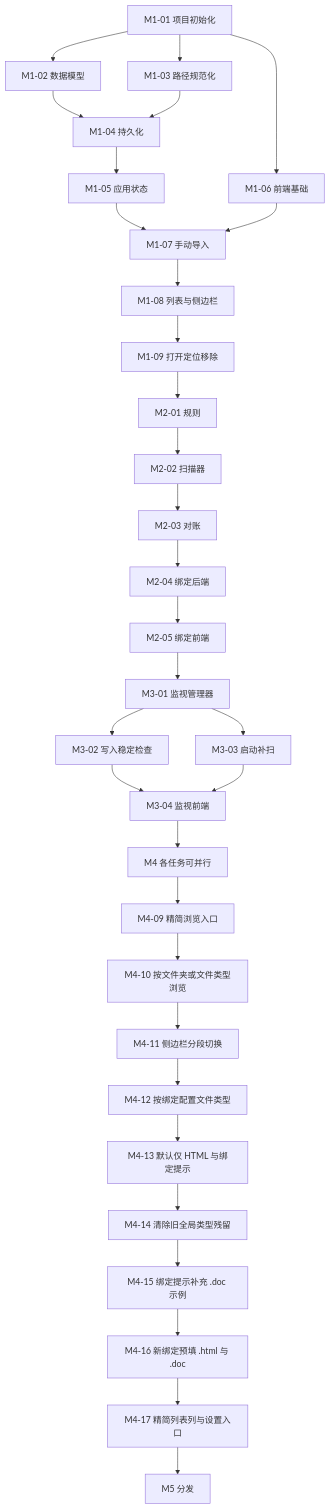
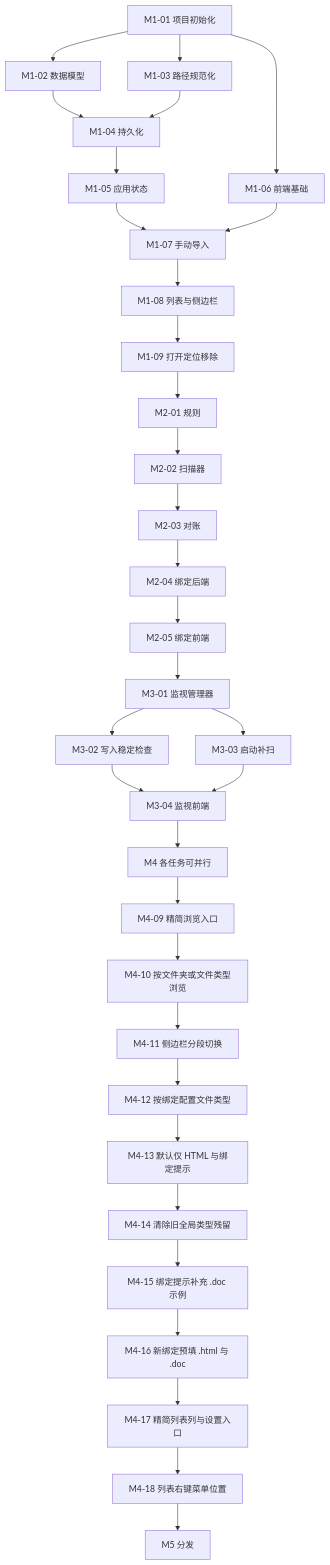
One commit to 623zhu/file_link changed the diagram in docs/PLAN.md. Above: the diagram before and after it, drawn with Mermaid. The commit also changed other lines of this file and 1 other file, not shown here.

````diff
--- a/docs/PLAN.md
+++ b/docs/PLAN.md
@@ -107,37 +108,38 @@
 ```mermaid
 flowchart TD
   M1_01[M1-01 项目初始化] --> M1_02[M1-02 数据模型]
   M1_01 --> M1_03[M1-03 路径规范化]
   M1_01 --> M1_06[M1-06 前端基础]
   M1_02 --> M1_04[M1-04 持久化]
   M1_03 --> M1_04
   M1_04 --> M1_05[M1-05 应用状态]
   M1_05 --> M1_07[M1-07 手动导入]
   M1_06 --> M1_07
   M1_07 --> M1_08[M1-08 列表与侧边栏]
   M1_08 --> M1_09[M1-09 打开定位移除]
 
   M1_09 --> M2_01[M2-01 规则]
   M2_01 --> M2_02[M2-02 扫描器]
   M2_02 --> M2_03[M2-03 对账]
   M2_03 --> M2_04[M2-04 绑定后端]
   M2_04 --> M2_05[M2-05 绑定前端]
 
   M2_05 --> M3_01[M3-01 监视管理器]
   M3_01 --> M3_02[M3-02 写入稳定检查]
   M3_01 --> M3_03[M3-03 启动补扫]
   M3_02 --> M3_04[M3-04 监视前端]
   M3_03 --> M3_04
 
   M3_04 --> M4[M4 各任务可并行]
   M4 --> M4_09[M4-09 精简浏览入口]
   M4_09 --> M4_10[M4-10 按文件夹或文件类型浏览]
   M4_10 --> M4_11[M4-11 侧边栏分段切换]
   M4_11 --> M4_12[M4-12 按绑定配置文件类型]
   M4_12 --> M4_13[M4-13 默认仅 HTML 与绑定提示]
   M4_13 --> M4_14[M4-14 清除旧全局类型残留]
   M4_14 --> M4_15[M4-15 绑定提示补充 .doc 示例]
   M4_15 --> M4_16[M4-16 新绑定预填 .html 与 .doc]
   M4_16 --> M4_17[M4-17 精简列表列与设置入口]
-  M4_17 --> M5[M5 分发]
+  M4_17 --> M4_18[M4-18 列表右键菜单位置]
+  M4_18 --> M5[M5 分发]
 ```
````
